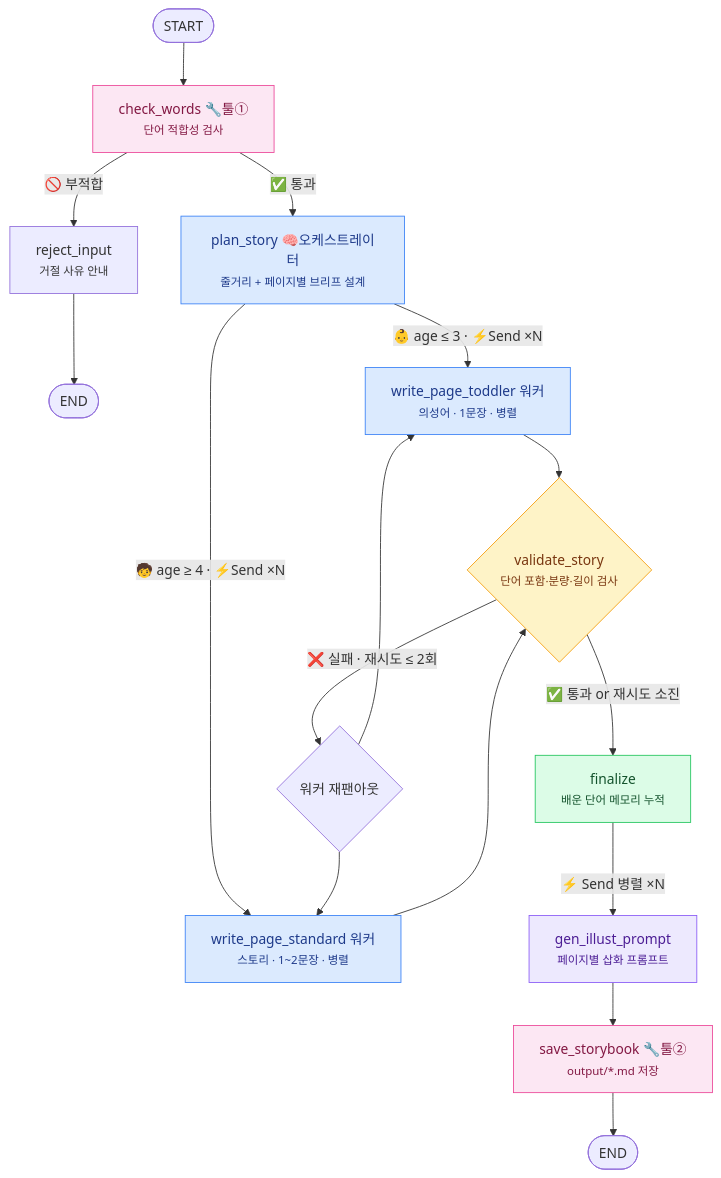
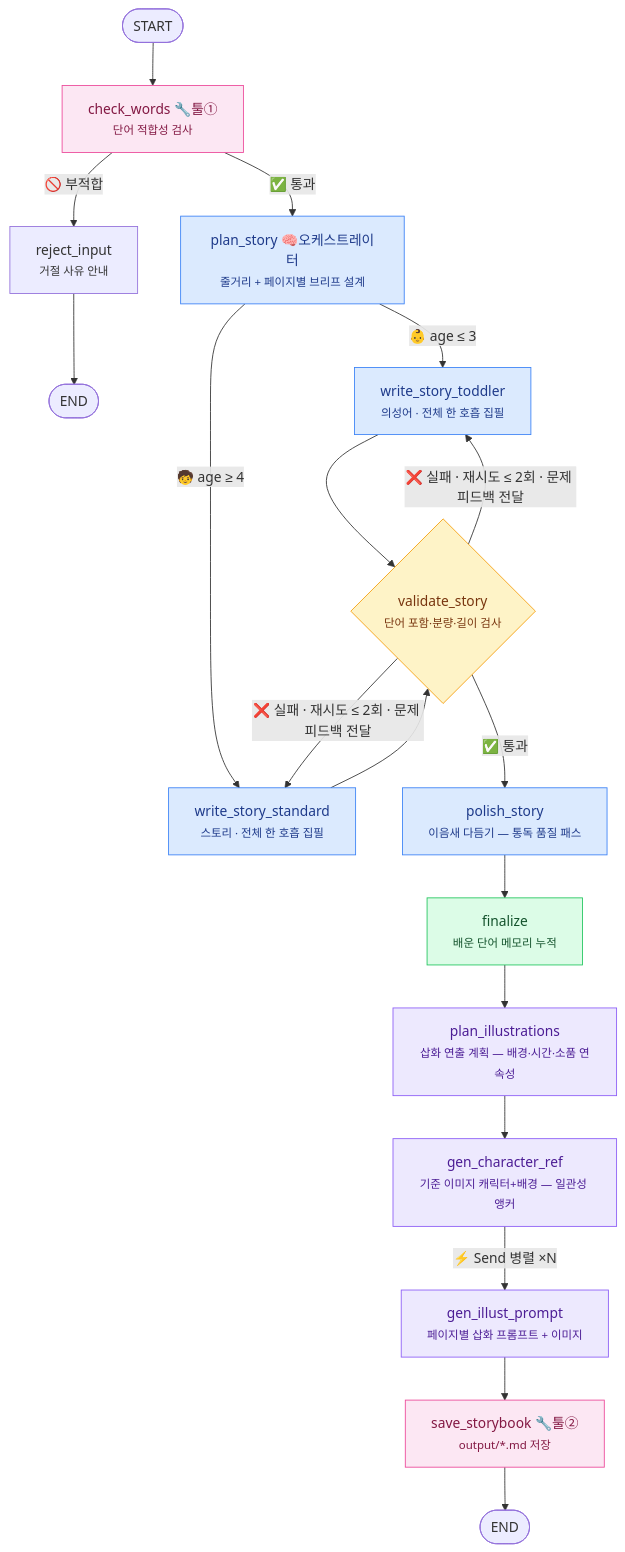
One commit to jang-yean-chul/master-agent changed the diagram in project_1/README.md. Above: the diagram before and after it, drawn with Mermaid. The commit also changed other lines of this file and 18 other files, not shown here.

````diff
--- a/project_1/README.md
+++ b/project_1/README.md
@@ -33,24 +33,30 @@
 ```mermaid
 flowchart TD
     S([START]) --> T1[check_words 🔧툴①<br/><small>단어 적합성 검사</small>]
     T1 -- "🚫 부적합" --> R[reject_input<br/><small>거절 사유 안내</small>] --> E1([END])
     T1 -- "✅ 통과" --> A[plan_story 🧠오케스트레이터<br/><small>줄거리 + 페이지별 브리프 설계</small>]
-    A -- "👶 age ≤ 3 · ⚡Send ×N" --> B1[write_page_toddler 워커<br/><small>의성어 · 1문장 · 병렬</small>]
-    A -- "🧒 age ≥ 4 · ⚡Send ×N" --> B2[write_page_standard 워커<br/><small>스토리 · 1~2문장 · 병렬</small>]
+    A -- "👶 age ≤ 3" --> B1[write_story_toddler<br/><small>의성어 · 전체 한 호흡 집필</small>]
+    A -- "🧒 age ≥ 4" --> B2[write_story_standard<br/><small>스토리 · 전체 한 호흡 집필</small>]
     B1 --> C{validate_story<br/><small>단어 포함·분량·길이 검사</small>}
     B2 --> C
-    C -- "❌ 실패 · 재시도 ≤ 2회" --> A2{워커 재팬아웃} --> B1 & B2
-    C -- "✅ 통과 or 재시도 소진" --> D[finalize<br/><small>배운 단어 메모리 누적</small>]
-    D -- "⚡ Send 병렬 ×N" --> P[gen_illust_prompt<br/><small>페이지별 삽화 프롬프트</small>]
+    C -- "❌ 실패 · 재시도 ≤ 2회 · 문제 피드백 전달" --> B1 & B2
+    C -- "✅ 통과" --> PS[polish_story<br/><small>이음새 다듬기 — 통독 품질 패스</small>]
+    PS --> D[finalize<br/><small>배운 단어 메모리 누적</small>]
+    D --> PI[plan_illustrations<br/><small>삽화 연출 계획 — 배경·시간·소품 연속성</small>]
+    PI --> CR[gen_character_ref<br/><small>기준 이미지 캐릭터+배경 — 일관성 앵커</small>]
+    CR -- "⚡ Send 병렬 ×N" --> P[gen_illust_prompt<br/><small>페이지별 삽화 프롬프트 + 이미지</small>]
     P --> T2[save_storybook 🔧툴②<br/><small>output/*.md 저장</small>]
     T2 --> E2([END])
 
     style T1 fill:#fce7f3,stroke:#ec4899,color:#831843
     style T2 fill:#fce7f3,stroke:#ec4899,color:#831843
     style A fill:#dbeafe,stroke:#3b82f6,color:#1e3a8a
     style B1 fill:#dbeafe,stroke:#3b82f6,color:#1e3a8a
     style B2 fill:#dbeafe,stroke:#3b82f6,color:#1e3a8a
     style C fill:#fef3c7,stroke:#f59e0b,color:#78350f
+    style PS fill:#dbeafe,stroke:#3b82f6,color:#1e3a8a
+    style PI fill:#ede9fe,stroke:#8b5cf6,color:#4c1d95
+    style CR fill:#ede9fe,stroke:#8b5cf6,color:#4c1d95
     style P fill:#ede9fe,stroke:#8b5cf6,color:#4c1d95
     style D fill:#dcfce7,stroke:#22c55e,color:#14532d
 ```
````
